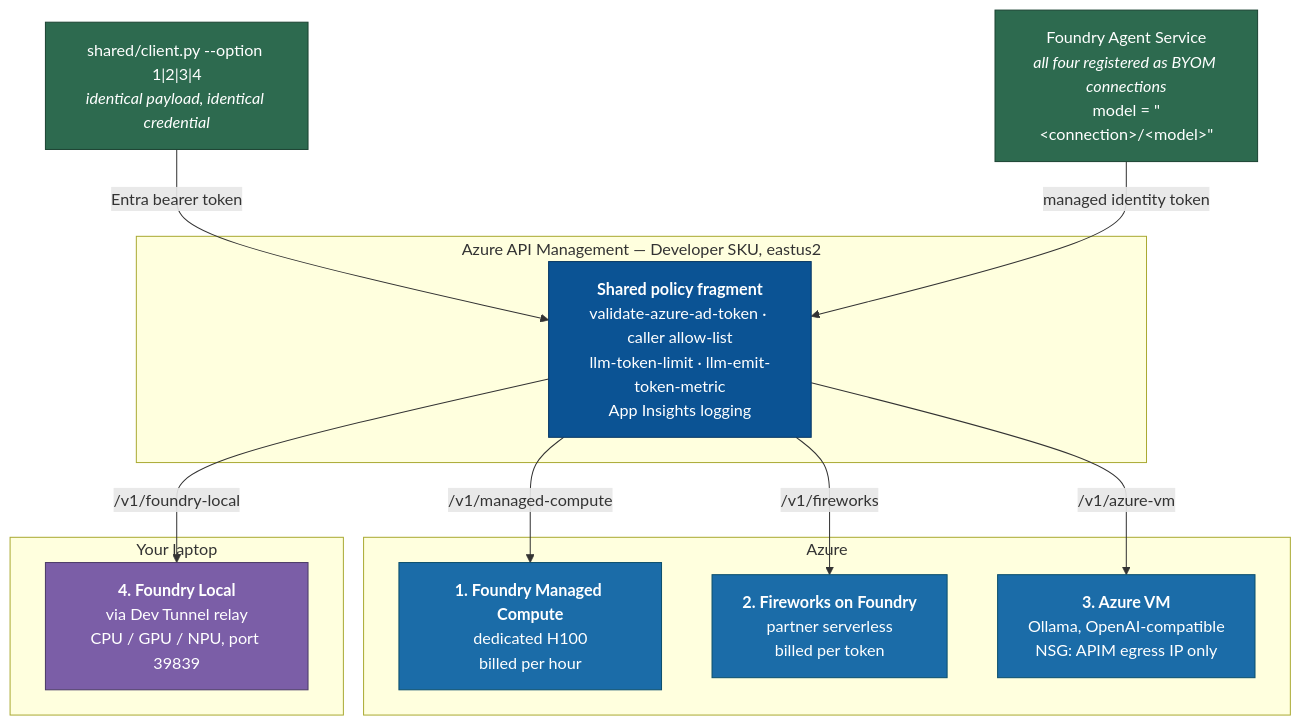
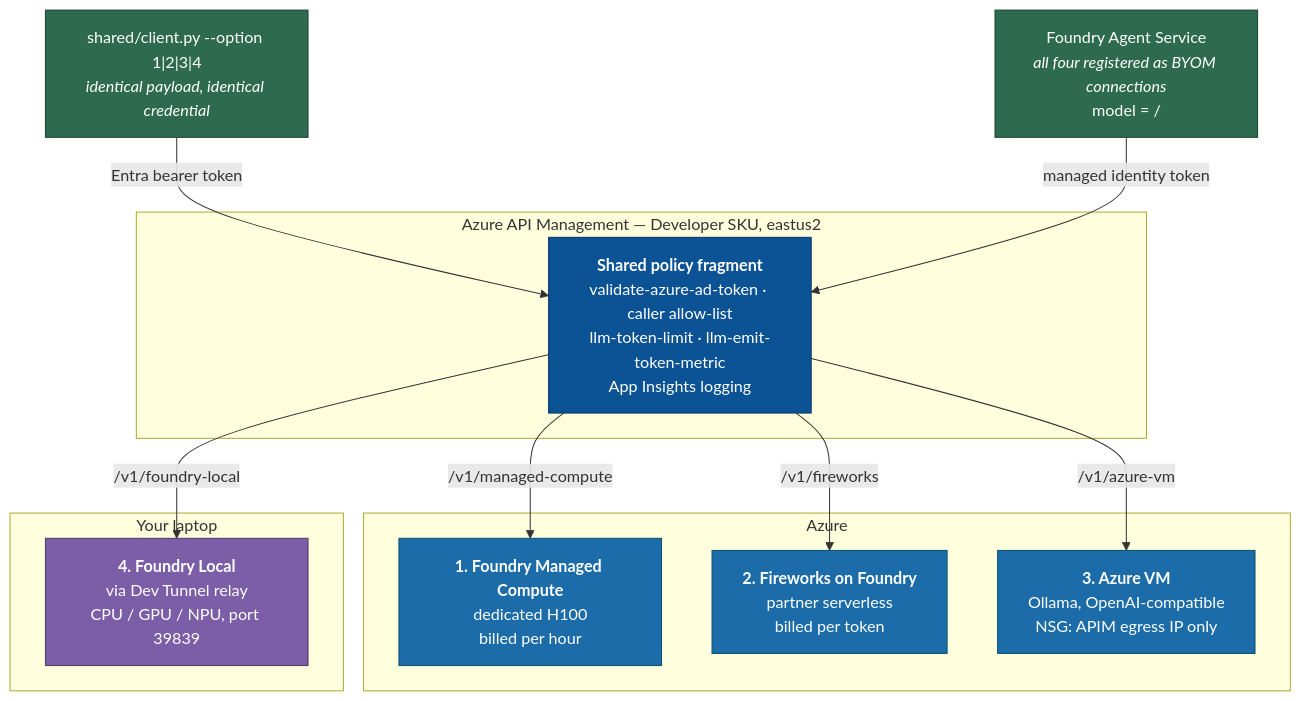
Before and after one commit to SridharArrabelly/self-hosting-spectrum: the second of 4 diagrams in README.md, drawn with Mermaid. The commit also changed other lines of this file and 5 other files, not shown here.

````diff
--- a/README.md
+++ b/README.md
@@ -86,38 +86,38 @@
 ```mermaid
 flowchart TD
     client["shared/client.py --option 1|2|3|4<br/><i>identical payload, identical credential</i>"]
 
-    subgraph gateway["Azure API Management &mdash; Developer SKU, eastus2"]
-        policy["<b>Shared policy fragment</b><br/>validate-azure-ad-token &middot; caller allow-list<br/>llm-token-limit &middot; llm-emit-token-metric<br/>App Insights logging"]
+    subgraph gateway["Azure API Management — Developer SKU, eastus2"]
+        policy["<b>Shared policy fragment</b><br/>validate-azure-ad-token · caller allow-list<br/>llm-token-limit · llm-emit-token-metric<br/>App Insights logging"]
     end
 
     client -->|Entra bearer token| policy
 
     policy -->|/v1/managed-compute| o1
     policy -->|/v1/fireworks| o2
     policy -->|/v1/azure-vm| o3
     policy -->|/v1/foundry-local| o4
 
     subgraph azure["Azure"]
         o1["<b>1. Foundry Managed Compute</b><br/>dedicated H100<br/>billed per hour"]
         o2["<b>2. Fireworks on Foundry</b><br/>partner serverless<br/>billed per token"]
         o3["<b>3. Azure VM</b><br/>Ollama, OpenAI-compatible<br/>NSG: APIM egress IP only"]
     end
 
     subgraph local["Your laptop"]
         o4["<b>4. Foundry Local</b><br/>via Dev Tunnel relay<br/>CPU / GPU / NPU, port 39839"]
     end
 
-    agents["Foundry Agent Service<br/><i>all four registered as BYOM connections</i><br/>model = &quot;&lt;connection&gt;/&lt;model&gt;&quot;"]
+    agents["Foundry Agent Service<br/><i>all four registered as BYOM connections</i><br/>model = "<connection>/<model>""]
     agents -->|managed identity token| policy
 
     classDef gw fill:#0b5394,stroke:#073763,color:#ffffff
     classDef cloud fill:#1b6ca8,stroke:#0b4f6c,color:#ffffff
     classDef laptop fill:#7b5ea7,stroke:#4a3a66,color:#ffffff
     classDef caller fill:#2d6a4f,stroke:#1b4332,color:#ffffff
 
     class policy gw
     class o1,o2,o3 cloud
     class o4 laptop
     class client,agents caller
 ```
````
